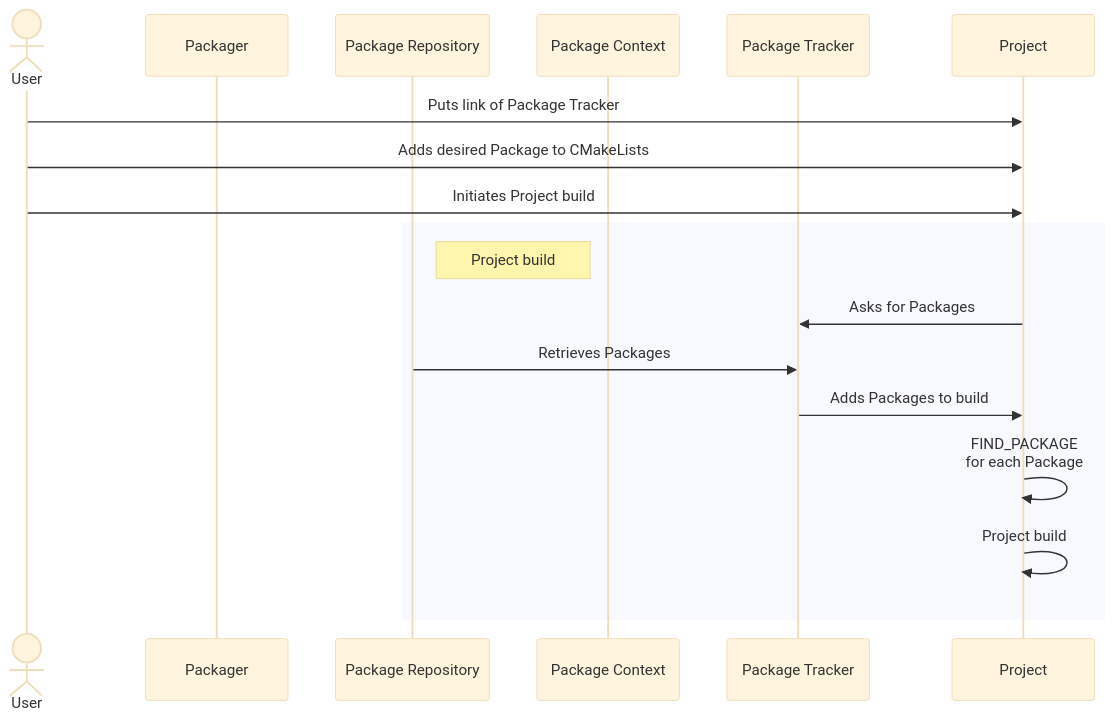
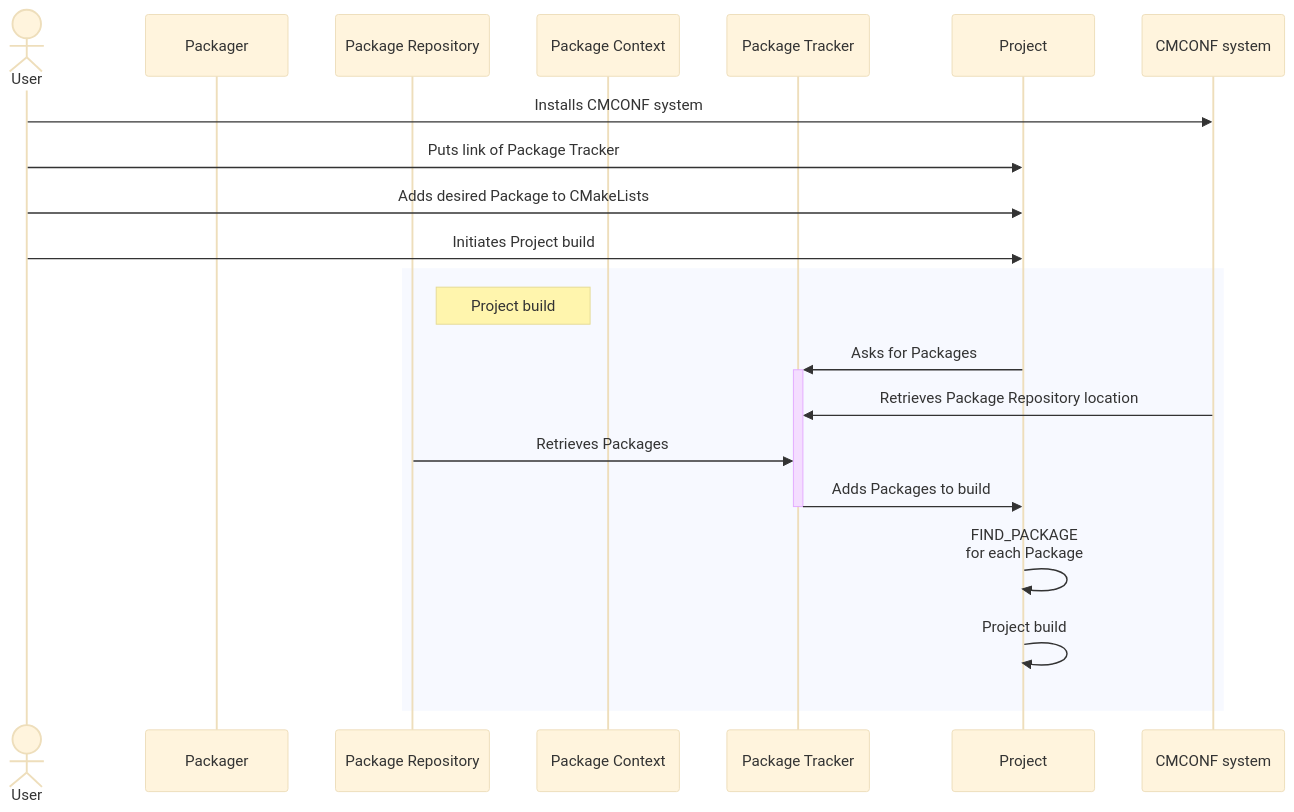
One commit to bacpack-system/bacpack-system.github.io changed the fifth of 5 diagrams in docs/use_cases.md. Above: the diagram before and after it, drawn with Mermaid (base theme). The commit also changed 3 other files, not shown here.

Commit message:
Add CMCONF system to components

````diff
--- a/docs/use_cases.md
+++ b/docs/use_cases.md
@@ -105,21 +105,24 @@
 ```mermaid
 sequenceDiagram
   actor User
   participant Packager
   participant Package Repository
   participant Package Context
   participant Package Tracker
   participant Project
+  participant CMCONF system
 
+  User->>CMCONF system: Installs CMCONF system
   User->>Project: Puts link of Package Tracker
   User->>Project: Adds desired Package to CMakeLists
   User->>Project: Initiates Project build
   rect
     Note right of Package Repository: Project build
-    Project->>Package Tracker: Asks for Packages
+    Project->>+Package Tracker: Asks for Packages
+    CMCONF system->>Package Tracker: Retrieves Package Repository location
     Package Repository->>Package Tracker: Retrieves Packages
-    Package Tracker->>Project: Adds Packages to build
+    Package Tracker->>-Project: Adds Packages to build
     Project->>Project: FIND_PACKAGE<br>for each Package
     Project->>Project: Project build
   end
 ```
````
